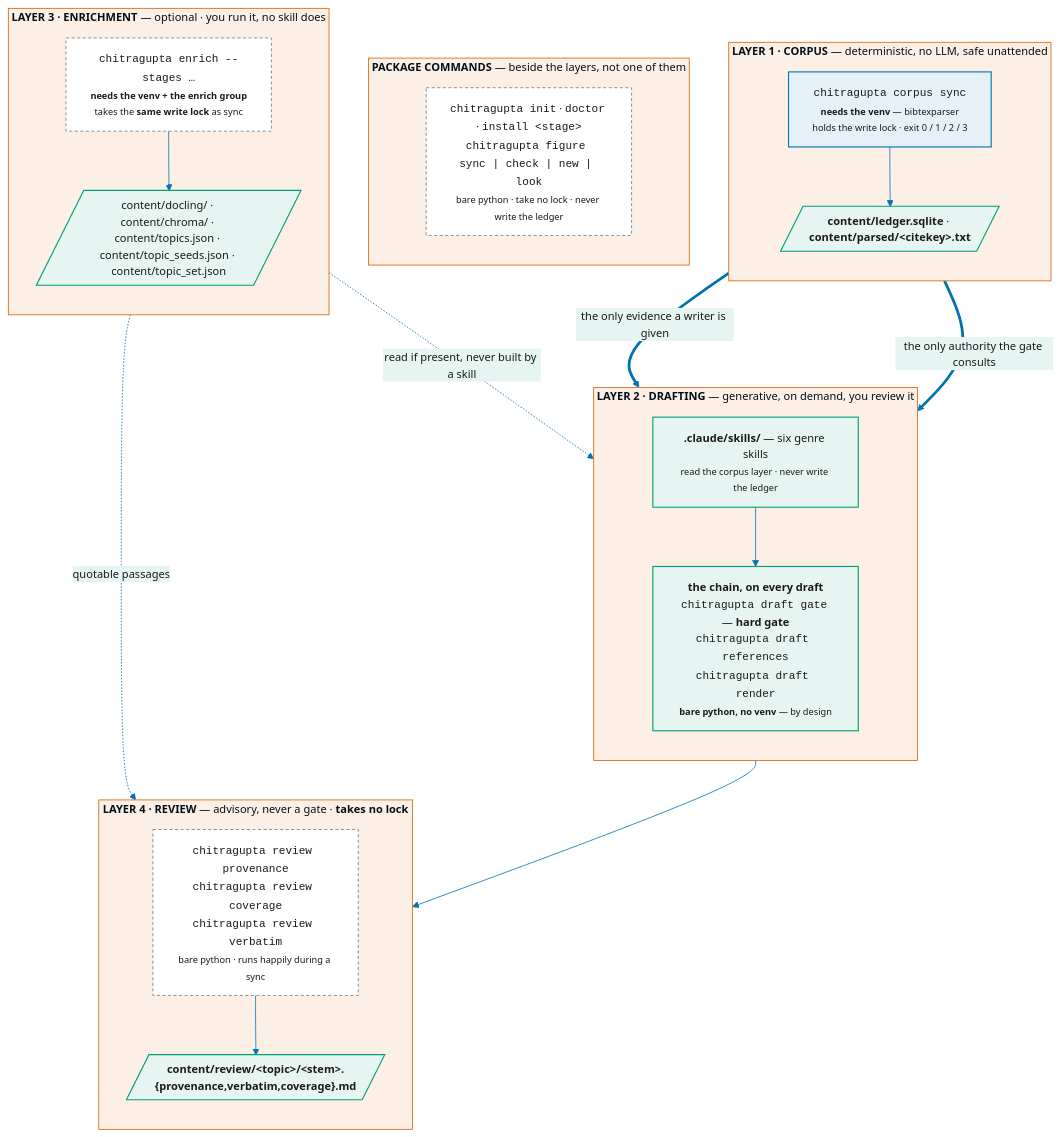
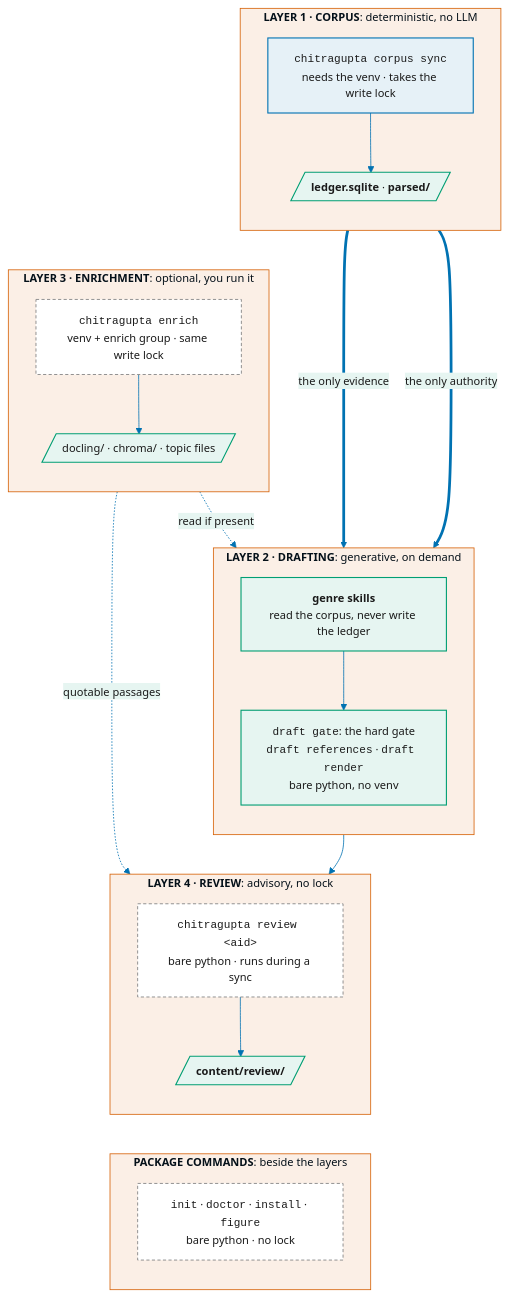
One commit to prasadtalasila/chitragupta changed the diagram in docs/ARCHITECTURE.md. Above: the diagram before and after it, drawn with Mermaid. The commit also changed other lines of this file and 145 other files, not shown here.

````diff
--- a/docs/ARCHITECTURE.md
+++ b/docs/ARCHITECTURE.md
@@ -61,70 +27,72 @@
 ```mermaid
 %%{init: {
   "theme": "base",
   "themeVariables": {
     "fontSize": "14px",
     "primaryColor": "#E6F1F7",
     "primaryBorderColor": "#0072B2",
     "primaryTextColor": "#1A1A1A",
     "lineColor": "#0072B2",
     "secondaryColor": "#E6F5F1",
     "secondaryBorderColor": "#009E73",
     "tertiaryColor": "#FBEFE6",
     "tertiaryBorderColor": "#D55E00"
   }
 }}%%
 flowchart TB
 
-  subgraph J1["<b>LAYER 1 · CORPUS</b> — deterministic, no LLM, safe unattended"]
+  subgraph J1["<b>LAYER 1 · CORPUS</b>: deterministic, no LLM"]
     direction TB
-    SYNC["<code>chitragupta corpus sync</code><br/><small><b>needs the venv</b> — bibtexparser<br/>holds the write lock · exit 0 / 1 / 2 / 3</small>"]
-    OUT1[/"<b>content/ledger.sqlite</b> · <b>content/parsed/&lt;citekey&gt;.txt</b>"/]
+    SYNC["<code>chitragupta corpus sync</code><br/>needs the venv · takes the write lock"]
+    OUT1[/"<b>ledger.sqlite</b> · <b>parsed/</b>"/]
     SYNC --> OUT1
   end
 
-  subgraph PKG["<b>PACKAGE COMMANDS</b> — beside the layers, not one of them"]
+  subgraph PKG["<b>PACKAGE COMMANDS</b>: beside the layers"]
     direction TB
-    P["<code>chitragupta init</code> · <code>doctor</code> · <code>install &lt;stage&gt;</code><br/><code>chitragupta figure sync | check | new | look</code><br/><small>bare python · take no lock · never write the ledger</small>"]
+    P["<code>init</code> · <code>doctor</code> · <code>install</code> · <code>figure</code><br/>bare python · no lock"]
   end
 
-  subgraph J2["<b>LAYER 2 · DRAFTING</b> — generative, on demand, you review it"]
+  subgraph J2["<b>LAYER 2 · DRAFTING</b>: generative, on demand"]
     direction TB
-    SKILL["<b>.claude/skills/</b> — six genre skills<br/><small>read the corpus layer · never write the ledger</small>"]
-    CHAIN["<b>the chain, on every draft</b><br/><code>chitragupta draft gate</code> — <b>hard gate</b><br/><code>chitragupta draft references</code><br/><code>chitragupta draft render</code><br/><small><b>bare python, no venv</b> — by design</small>"]
+    SKILL["<b>genre skills</b><br/>read the corpus, never write the ledger"]
+    CHAIN["<code>draft gate</code>: the hard gate<br/><code>draft references</code> · <code>draft render</code><br/>bare python, no venv"]
     SKILL --> CHAIN
   end
 
-  subgraph JH["<b>LAYER 3 · ENRICHMENT</b> — optional · you run it, no skill does"]
+  subgraph JH["<b>LAYER 3 · ENRICHMENT</b>: optional, you run it"]
     direction TB
-    FULL["<code>chitragupta enrich --stages …</code><br/><small><b>needs the venv + the enrich group</b><br/>takes the <b>same write lock</b> as sync</small>"]
-    OUT3[/"content/docling/ · content/chroma/ · content/topics.json · content/topic_seeds.json · content/topic_set.json"/]
+    FULL["<code>chitragupta enrich</code><br/>venv + enrich group · same write lock"]
+    OUT3[/"docling/ · chroma/ · topic files"/]
     FULL --> OUT3
   end
 
-  subgraph AID["<b>LAYER 4 · REVIEW</b> — advisory, never a gate · <b>takes no lock</b>"]
+  subgraph AID["<b>LAYER 4 · REVIEW</b>: advisory, no lock"]
     direction TB
-    A["<code>chitragupta review provenance</code><br/><code>chitragupta review coverage</code><br/><code>chitragupta review verbatim</code><br/><small>bare python · runs happily during a sync</small>"]
-    OUT4[/"<b>content/review/&lt;topic&gt;/&lt;stem&gt;.{provenance,verbatim,coverage}.md</b>"/]
+    A["<code>chitragupta review &lt;aid&gt;</code><br/>bare python · runs during a sync"]
+    OUT4[/"<b>content/review/</b>"/]
     A --> OUT4
   end
 
-  OUT1 == "the only evidence a writer is given" ==> SKILL
-  OUT1 == "the only authority the gate consults" ==> CHAIN
-  OUT3 -. "read if present, never built by a skill" .-> SKILL
+  OUT1 == "the only evidence" ==> SKILL
+  OUT1 == "the only authority" ==> CHAIN
+  OUT3 -. "read if present" .-> SKILL
   OUT3 -. "quotable passages" .-> A
   CHAIN --> A
+  OUT1 ~~~ FULL
+  OUT4 ~~~ P
 
 
   class SYNC flow
   class SKILL,CHAIN alt
   class FULL absent
   class OUT1,OUT3,OUT4 alt
   class A absent
   class P absent
 
   %% house roles: generated by scripts/render_diagrams.py --sync
   classDef flow fill:#E6F1F7,stroke:#0072B2,stroke-width:1.4px,color:#1A1A1A
   classDef alt fill:#E6F5F1,stroke:#009E73,stroke-width:1.4px,color:#1A1A1A
   classDef key fill:#FBEFE6,stroke:#D55E00,stroke-width:2px,color:#1A1A1A
   classDef absent fill:#FFFFFF,stroke:#8C8C8C,stroke-width:1.2px,stroke-dasharray:4 3,color:#1A1A1A
 ```
````
